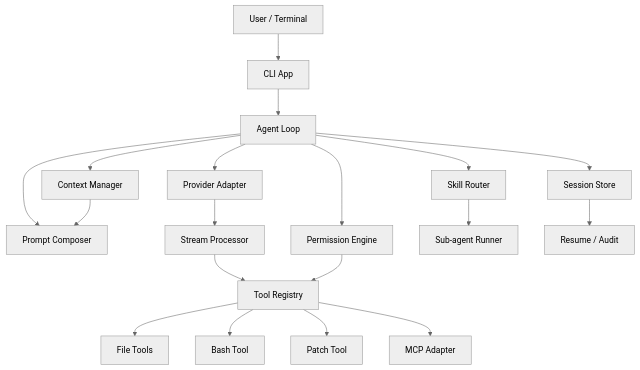
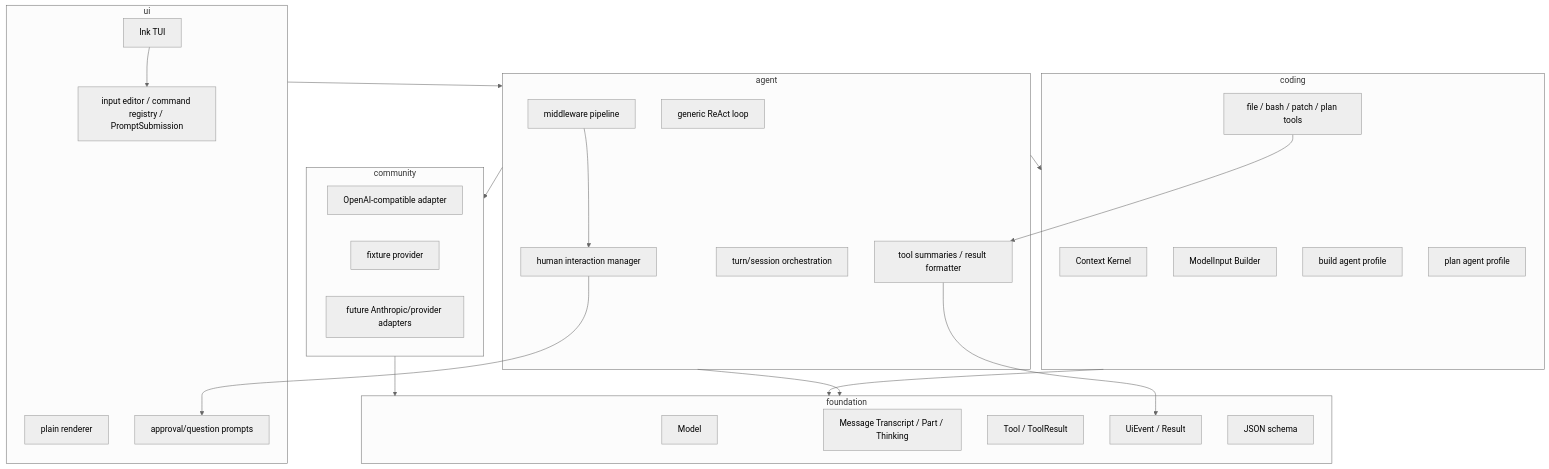
The diagram in code-agent-roadmap/README.md (1330482928/kai-code-agent), drawn with Mermaid (neutral theme) before and after one commit. The commit also changed other lines of this file and 41 other files, not shown here.

Commit message:
docs(roadmap): refresh staged agent roadmap

````diff
--- a/code-agent-roadmap/README.md
+++ b/code-agent-roadmap/README.md
@@ -66,21 +9,51 @@
 ```mermaid
 flowchart TB
-  User["User / Terminal"] --> CLI["CLI App"]
-  CLI --> Loop["Agent Loop"]
-  Loop --> Prompt["Prompt Composer"]
-  Loop --> Provider["Provider Adapter"]
-  Provider --> Stream["Stream Processor"]
-  Stream --> Tools["Tool Registry"]
-  Tools --> FS["File Tools"]
-  Tools --> Bash["Bash Tool"]
-  Tools --> Patch["Patch Tool"]
-  Tools --> MCP["MCP Adapter"]
-  Loop --> Store["Session Store"]
-  Loop --> Ctx["Context Manager"]
-  Loop --> Perm["Permission Engine"]
-  Loop --> Skills["Skill Router"]
-  Skills --> Sub["Sub-agent Runner"]
-  Store --> Resume["Resume / Audit"]
-  Perm --> Tools
-  Ctx --> Prompt
+  subgraph Foundation["foundation"]
+    Model["Model"]
+    Message["Message Transcript / Part / Thinking"]
+    Tool["Tool / ToolResult"]
+    UiEvent["UiEvent / Result"]
+    Schema["JSON schema"]
+  end
+
+  subgraph Agent["agent"]
+    Loop["generic ReAct loop"]
+    Middleware["middleware pipeline"]
+    HITLManager["human interaction manager"]
+    Summaries["tool summaries / result formatter"]
+    Turn["turn/session orchestration"]
+  end
+
+  subgraph Coding["coding"]
+    ContextKernel["Context Kernel"]
+    Builder["ModelInput Builder"]
+    Build["build agent profile"]
+    Plan["plan agent profile"]
+    Tools["file / bash / patch / plan tools"]
+  end
+
+  subgraph Community["community"]
+    OpenAI["OpenAI-compatible adapter"]
+    Fixture["fixture provider"]
+    Future["future Anthropic/provider adapters"]
+  end
+
+  subgraph UI["ui"]
+    Ink["Ink TUI"]
+    Plain["plain renderer"]
+    Input["input editor / command registry / PromptSubmission"]
+    HITL["approval/question prompts"]
+  end
+
+  UI --> Agent
+  Ink --> Input
+  HITLManager --> HITL
+  Middleware --> HITLManager
+  Tools --> Summaries
+  Summaries --> UiEvent
+  Agent --> Foundation
+  Agent --> Community
+  Agent --> Coding
+  Coding --> Foundation
+  Community --> Foundation
 ```
````
